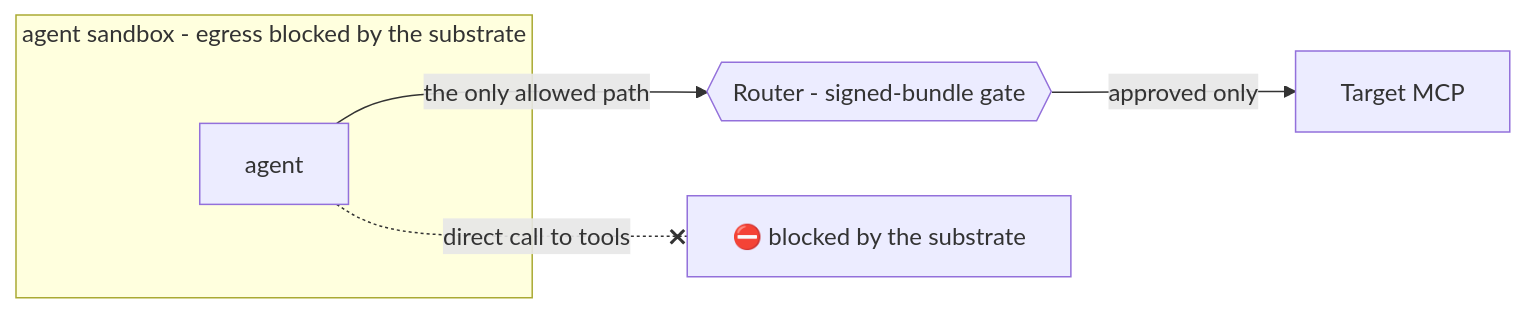
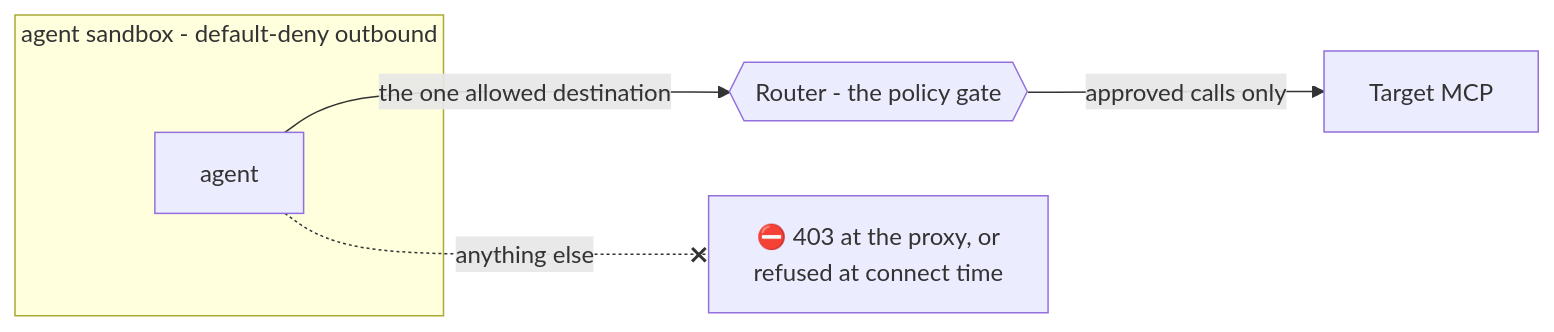
Before and after one commit to getglad/ws4-odis: the fourth of 4 diagrams in contract-harness/docs/run-modes.md, drawn with Mermaid. The commit also changed other lines of this file and 5 other files, not shown here.

````diff
--- a/contract-harness/docs/run-modes.md
+++ b/contract-harness/docs/run-modes.md
@@ -272,9 +404,9 @@
 ```mermaid
 flowchart LR
-    subgraph sandbox["agent sandbox - egress blocked by the substrate"]
+    subgraph sandbox["agent sandbox - default-deny outbound"]
         AG["agent"]
     end
-    AG -- "the only allowed path" --> R{{"Router - signed-bundle gate"}}
-    AG -. "direct call to tools" .-x BLK["⛔ blocked by the substrate"]
-    R -- "approved only" --> V["Target MCP"]
+    AG -- "the one allowed destination" --> R{{"Router - the policy gate"}}
+    AG -. "anything else" .-x BLK["⛔ 403 at the proxy, or<br/>refused at connect time"]
+    R -- "approved calls only" --> V["Target MCP"]
 ```
````
